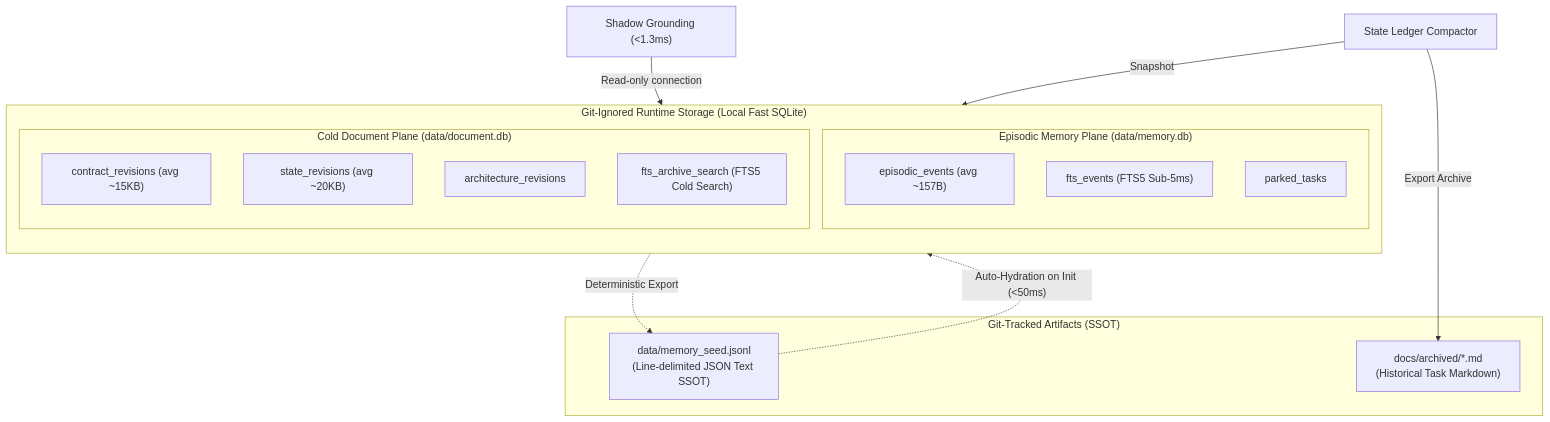
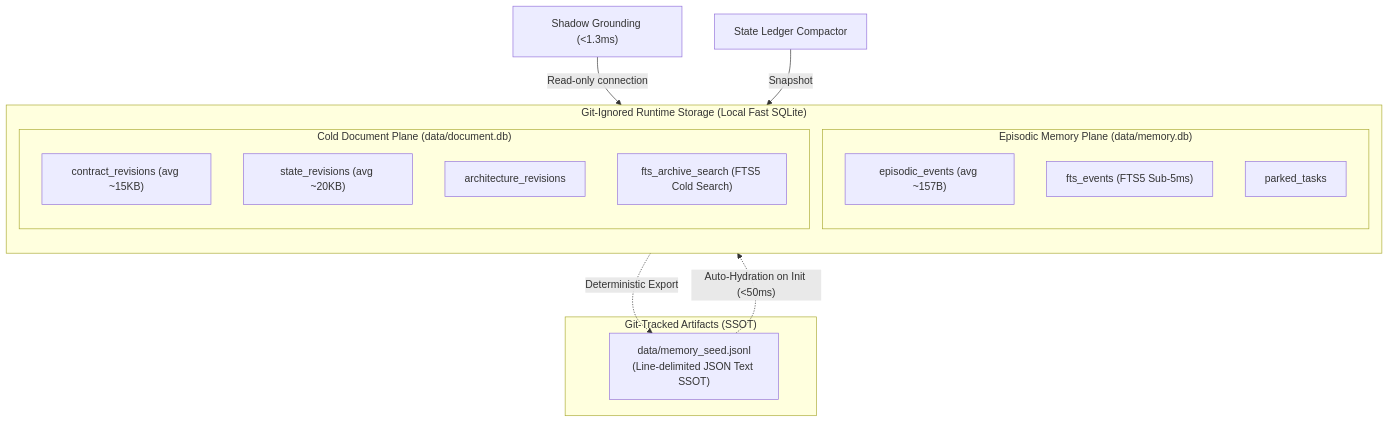
One commit to jinseobhong/antigravity-autopoiesis changed the second of 3 diagrams in docs/active/ARCHITECTURE.md. Above: the diagram before and after it, drawn with Mermaid. The commit also changed other lines of this file and 15 other files, not shown here.

Commit message:
refactor(cortex): purge cortex.db legacy artifacts and decouple physical markdown archive files (TASK-038)

````diff
--- a/docs/active/ARCHITECTURE.md
+++ b/docs/active/ARCHITECTURE.md
@@ -144,31 +144,28 @@
 ```mermaid
 graph TB
     subgraph GitTracked["Git-Tracked Artifacts (SSOT)"]
         Seed["data/memory_seed.jsonl
 (Line-delimited JSON Text SSOT)"]
-        ArchMarkdown["docs/archived/*.md
-(Historical Task Markdown)"]
     end
 
     subgraph GitIgnoredStorage["Git-Ignored Runtime Storage (Local Fast SQLite)"]
         direction TB
         subgraph MemoryPlane["Episodic Memory Plane (data/memory.db)"]
             EpisodicTable["episodic_events (avg ~157B)"]
             FtsEvents["fts_events (FTS5 Sub-5ms)"]
             ParkedTasks["parked_tasks"]
         end
 
         subgraph DocumentPlane["Cold Document Plane (data/document.db)"]
             ContractRevs["contract_revisions (avg ~15KB)"]
             StateRevs["state_revisions (avg ~20KB)"]
             ArchRevs["architecture_revisions"]
             FtsArchive["fts_archive_search (FTS5 Cold Search)"]
         end
     end
 
     Seed -.->|"Auto-Hydration on Init (<50ms)"| EpisodicTable
     EpisodicTable -.->|"Deterministic Export"| Seed
     ShadowGrounding["Shadow Grounding (<1.3ms)"] -->|"Read-only connection"| EpisodicTable
     StateCompactor["State Ledger Compactor"] -->|"Snapshot"| StateRevs
-    StateCompactor -->|"Export Archive"| ArchMarkdown
 ```
````
